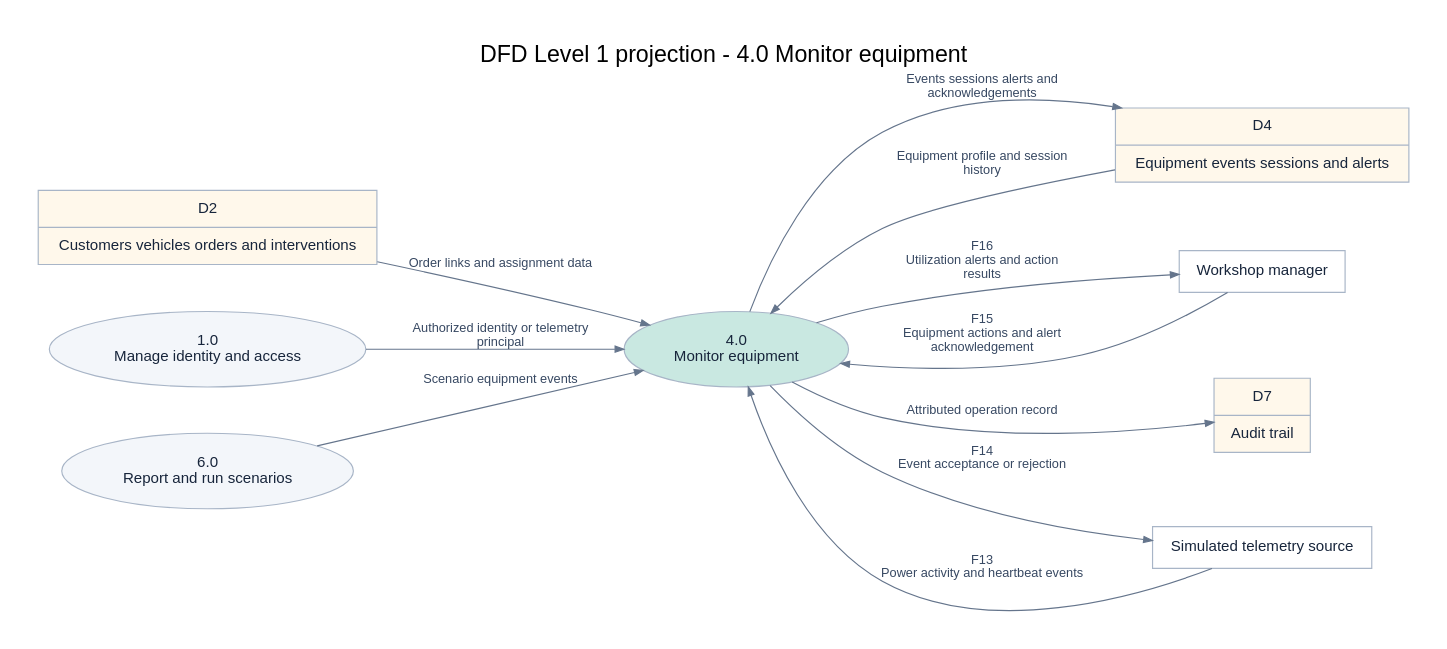
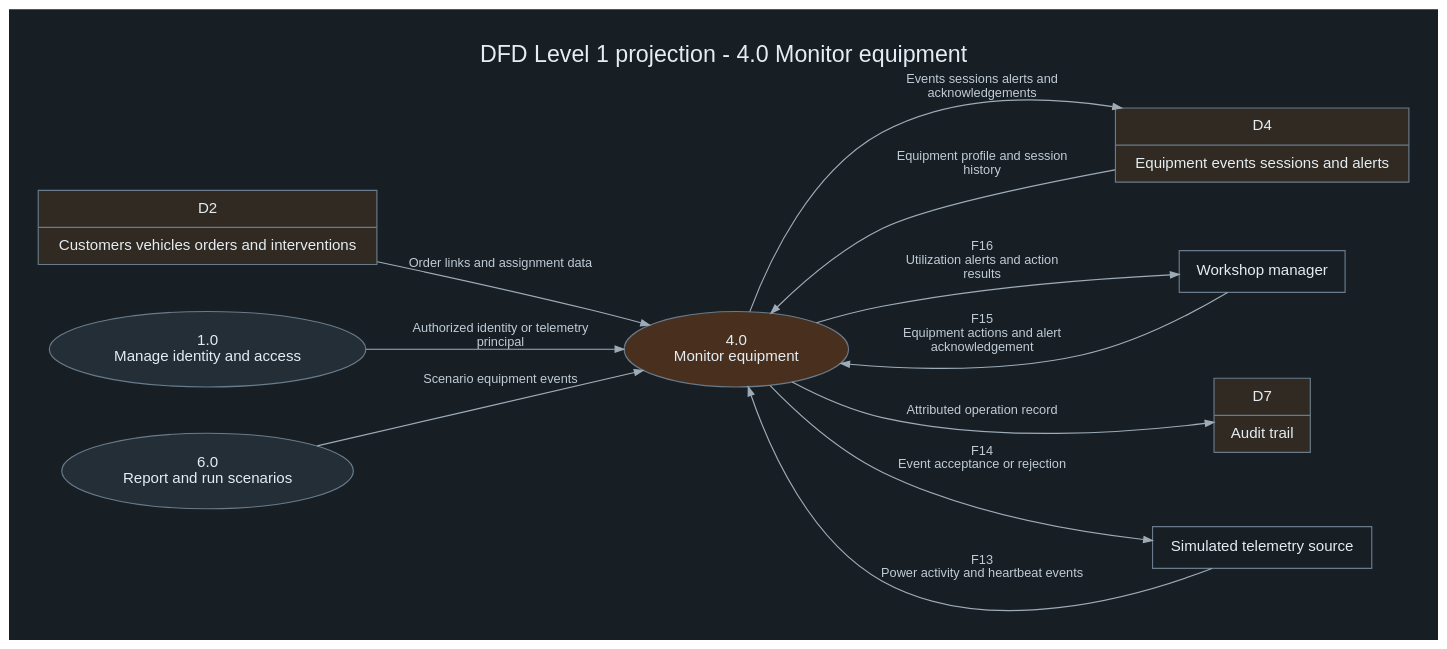
The diagram in docs/models/diagrams/dfd-p4.dot (Kallst/mechanical-workshop), drawn with Graphviz before and after one commit. The commit also changed 80 other files, not shown here.

Commit message:
feat(atlas): organize bilingual diagrams in the current workshop theme

```diff
--- a/docs/models/diagrams/dfd-p4.dot
+++ b/docs/models/diagrams/dfd-p4.dot
@@ -1,24 +1,24 @@
 digraph dfd_p4 {
-graph [rankdir=LR, bgcolor="#ffffff", pad="0.35", nodesep="0.55", ranksep="0.8", fontname="Arial", fontsize=20, labelloc=t, label="DFD Level 1 projection - 4.0 Monitor equipment", compound=true];
-node [shape=box, style="rounded,filled", fillcolor="#f3f6fa", color="#a8b5c7", fontcolor="#17253b", fontname="Arial", fontsize=13, margin="0.18,0.13"];
-edge [fontname="Arial", fontsize=11, fontcolor="#374862", color="#65758c", arrowsize=0.75];
-d2 [shape=record, style=filled, fillcolor="#fff8eb", label="D2 | Customers vehicles orders and interventions"];
-d4 [shape=record, style=filled, fillcolor="#fff8eb", label="D4 | Equipment events sessions and alerts"];
-d7 [shape=record, style=filled, fillcolor="#fff8eb", label="D7 | Audit trail"];
-manager [shape=box, style=filled, fillcolor="#ffffff", label="Workshop manager"];
-p1 [shape=ellipse, fillcolor="#f3f6fa", label="1.0\nManage identity and access"];
-p4 [shape=ellipse, fillcolor="#c9e8e1", label="4.0\nMonitor equipment"];
-p6 [shape=ellipse, fillcolor="#f3f6fa", label="6.0\nReport and run scenarios"];
-telemetry [shape=box, style=filled, fillcolor="#ffffff", label="Simulated telemetry source"];
+graph [rankdir=LR, bgcolor="#171e24", pad="0.35", nodesep="0.55", ranksep="0.8", fontname="Arial", fontsize=20, fontcolor="#e5edf3", labelloc=t, label="DFD Level 1 projection - 4.0 Monitor equipment", compound=true];
+node [shape=box, style="rounded,filled", fillcolor="#232e37", color="#697b8b", fontcolor="#e5edf3", fontname="Arial", fontsize=13, margin="0.18,0.13"];
+edge [fontname="Arial", fontsize=11, fontcolor="#c0ccd6", color="#9eacb7", arrowsize=0.75];
+d2 [shape=record, style=filled, fillcolor="#302a22", label="D2 | Customers vehicles orders and interventions"];
+d4 [shape=record, style=filled, fillcolor="#302a22", label="D4 | Equipment events sessions and alerts"];
+d7 [shape=record, style=filled, fillcolor="#302a22", label="D7 | Audit trail"];
+manager [shape=box, style=filled, fillcolor="#171e24", label="Workshop manager"];
+p1 [shape=ellipse, fillcolor="#232e37", label="1.0\nManage identity and access"];
+p4 [shape=ellipse, fillcolor="#49301e", label="4.0\nMonitor equipment"];
+p6 [shape=ellipse, fillcolor="#232e37", label="6.0\nReport and run scenarios"];
+telemetry [shape=box, style=filled, fillcolor="#171e24", label="Simulated telemetry source"];
 "telemetry" -> "p4" [label="F13\nPower activity and heartbeat events"];
 "p4" -> "telemetry" [label="F14\nEvent acceptance or rejection"];
 "manager" -> "p4" [label="F15\nEquipment actions and alert\nacknowledgement"];
 "p4" -> "manager" [label="F16\nUtilization alerts and action\nresults"];
 "p1" -> "p4" [label="Authorized identity or telemetry\nprincipal"];
 "d2" -> "p4" [label="Order links and assignment data"];
 "p4" -> "d4" [label="Events sessions alerts and\nacknowledgements"];
 "d4" -> "p4" [label="Equipment profile and session\nhistory"];
 "p6" -> "p4" [label="Scenario equipment events"];
 "p4" -> "d7" [label="Attributed operation record"];
 
 }
```
